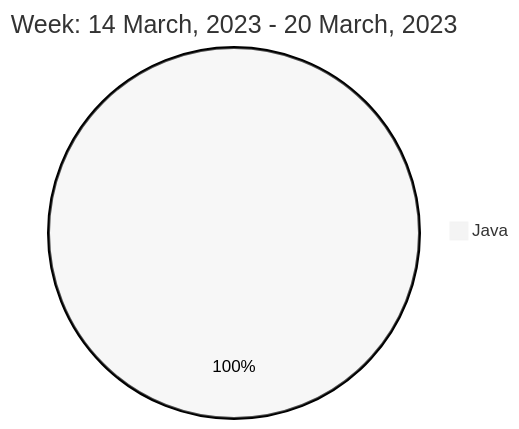
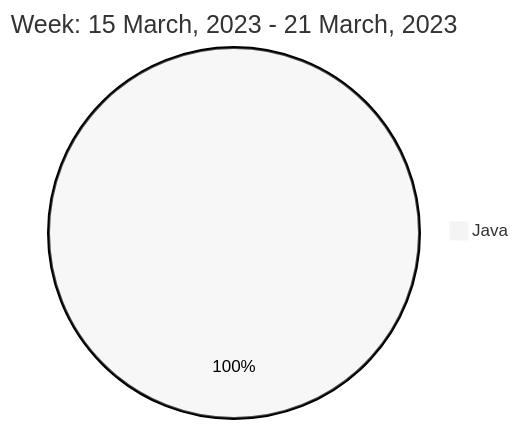
Before and after one commit to liubin95/liubin95: the diagram in README.md, drawn with Mermaid (neutral theme).

Commit message:
Updated the Graph with new Metrics

````diff
--- a/README.md
+++ b/README.md
@@ -40,5 +40,5 @@
 ```mermaid
  pie
-title Week: 14 March, 2023 - 20 March, 2023
- "Java" : 3.28
+title Week: 15 March, 2023 - 21 March, 2023
+ "Java" : 1.62
 ```
````
